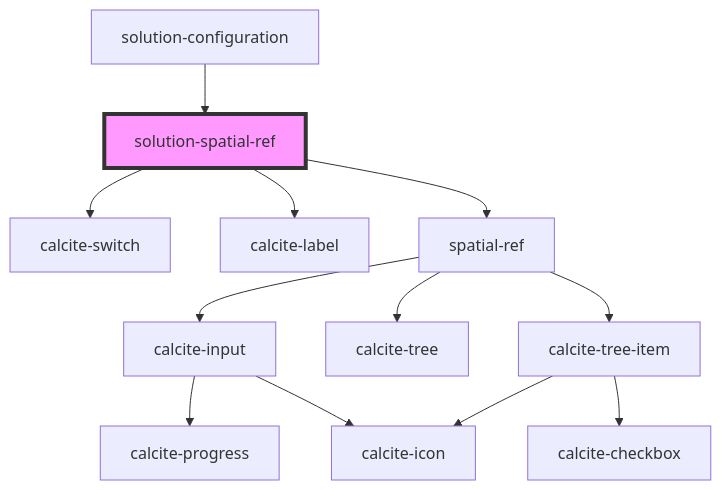
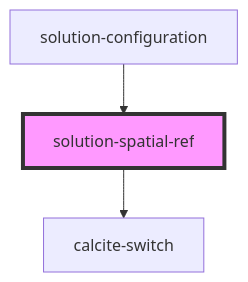
Before and after one commit to Esri/solutions-components: the diagram in src/components/solution-spatial-ref/readme.md, drawn with Mermaid. The commit also changed other lines of this file and 7 other files, not shown here.

Commit message:
Removed spatial-ref component

````diff
--- a/src/components/solution-spatial-ref/readme.md
+++ b/src/components/solution-spatial-ref/readme.md
@@ -40,15 +38,6 @@
 ```mermaid
 graph TD;
   solution-spatial-ref --> calcite-switch
-  solution-spatial-ref --> calcite-label
-  solution-spatial-ref --> spatial-ref
-  spatial-ref --> calcite-input
-  spatial-ref --> calcite-tree
-  spatial-ref --> calcite-tree-item
-  calcite-input --> calcite-progress
-  calcite-input --> calcite-icon
-  calcite-tree-item --> calcite-icon
-  calcite-tree-item --> calcite-checkbox
   solution-configuration --> solution-spatial-ref
   style solution-spatial-ref fill:#f9f,stroke:#333,stroke-width:4px
 ```
````
